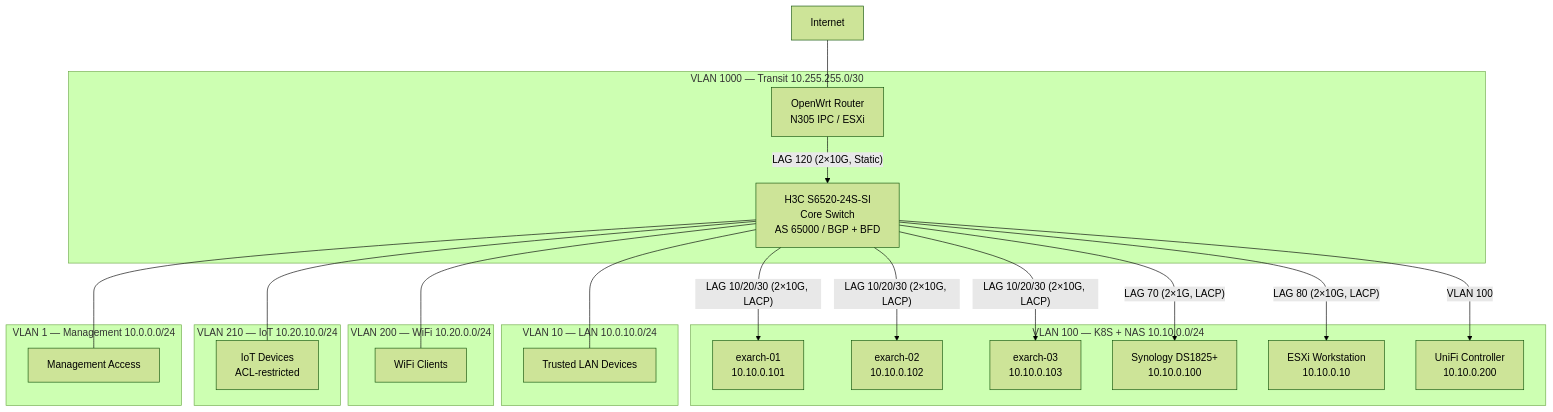
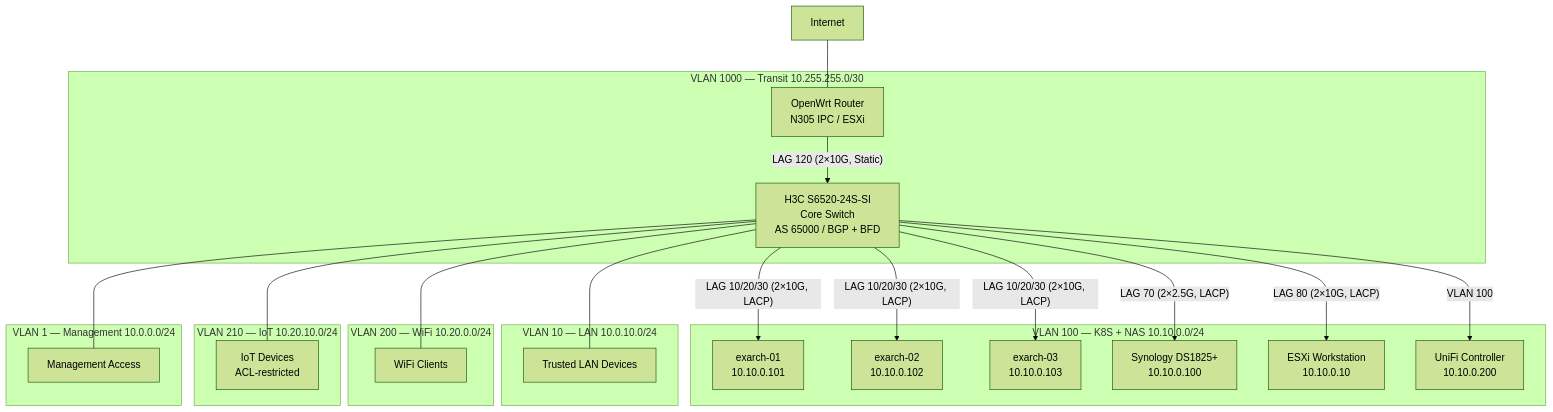
One commit to soulwhisper/home-ops changed the diagram in docs/infrastructure/networking.md. Above: the diagram before and after it, drawn with Mermaid (forest theme). The commit also changed other lines of this file and 14 other files, not shown here.

````diff
--- a/docs/infrastructure/networking.md
+++ b/docs/infrastructure/networking.md
@@ -45,43 +45,43 @@
 ```mermaid
 graph TD
     INTERNET["Internet"]
     ROUTER["OpenWrt Router<br/>N305 IPC / ESXi"]
     SWITCH["H3C S6520-24S-SI<br/>Core Switch<br/>AS 65000 / BGP + BFD"]
     NODE1["exarch-01<br/>10.10.0.101"]
     NODE2["exarch-02<br/>10.10.0.102"]
     NODE3["exarch-03<br/>10.10.0.103"]
     NAS["Synology DS1825+<br/>10.10.0.100"]
     WS["ESXi Workstation<br/>10.10.0.10"]
     UNIFI["UniFi Controller<br/>10.10.0.200"]
 
     INTERNET --- ROUTER
 
     subgraph "VLAN 1000 — Transit 10.255.255.0/30"
         ROUTER -->|"LAG 120 (2×10G, Static)"| SWITCH
     end
 
     subgraph "VLAN 100 — K8S + NAS 10.10.0.0/24"
         SWITCH -->|"LAG 10/20/30 (2×10G, LACP)"| NODE1
         SWITCH -->|"LAG 10/20/30 (2×10G, LACP)"| NODE2
         SWITCH -->|"LAG 10/20/30 (2×10G, LACP)"| NODE3
-        SWITCH -->|"LAG 70 (2×1G, LACP)"| NAS
+        SWITCH -->|"LAG 70 (2×2.5G, LACP)"| NAS
         SWITCH -->|"LAG 80 (2×10G, LACP)"| WS
         SWITCH -->|"VLAN 100"| UNIFI
     end
 
     subgraph "VLAN 10 — LAN 10.0.10.0/24"
         SWITCH --- LAN["Trusted LAN Devices"]
     end
 
     subgraph "VLAN 200 — WiFi 10.20.0.0/24"
         SWITCH --- WIFI["WiFi Clients"]
     end
 
     subgraph "VLAN 210 — IoT 10.20.10.0/24"
         SWITCH --- IOT["IoT Devices<br/>ACL-restricted"]
     end
 
     subgraph "VLAN 1 — Management 10.0.0.0/24"
         SWITCH --- MGMT["Management Access"]
     end
 ```
````
